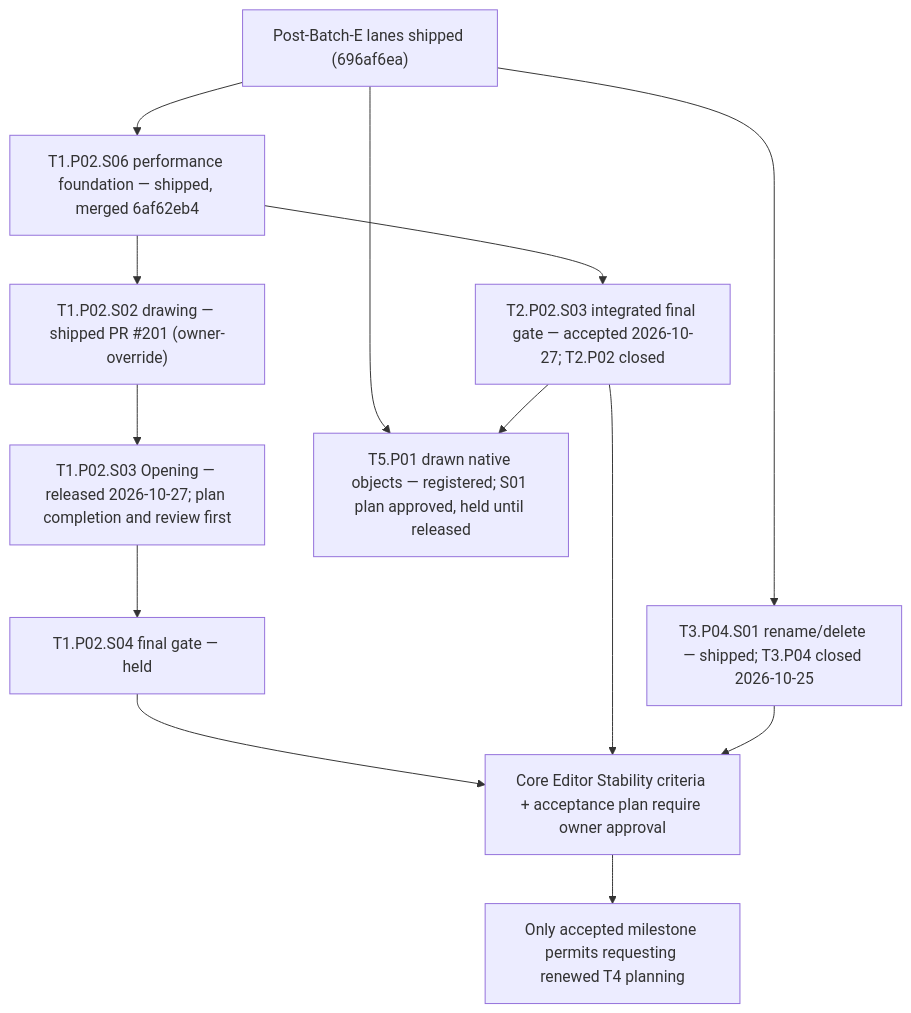
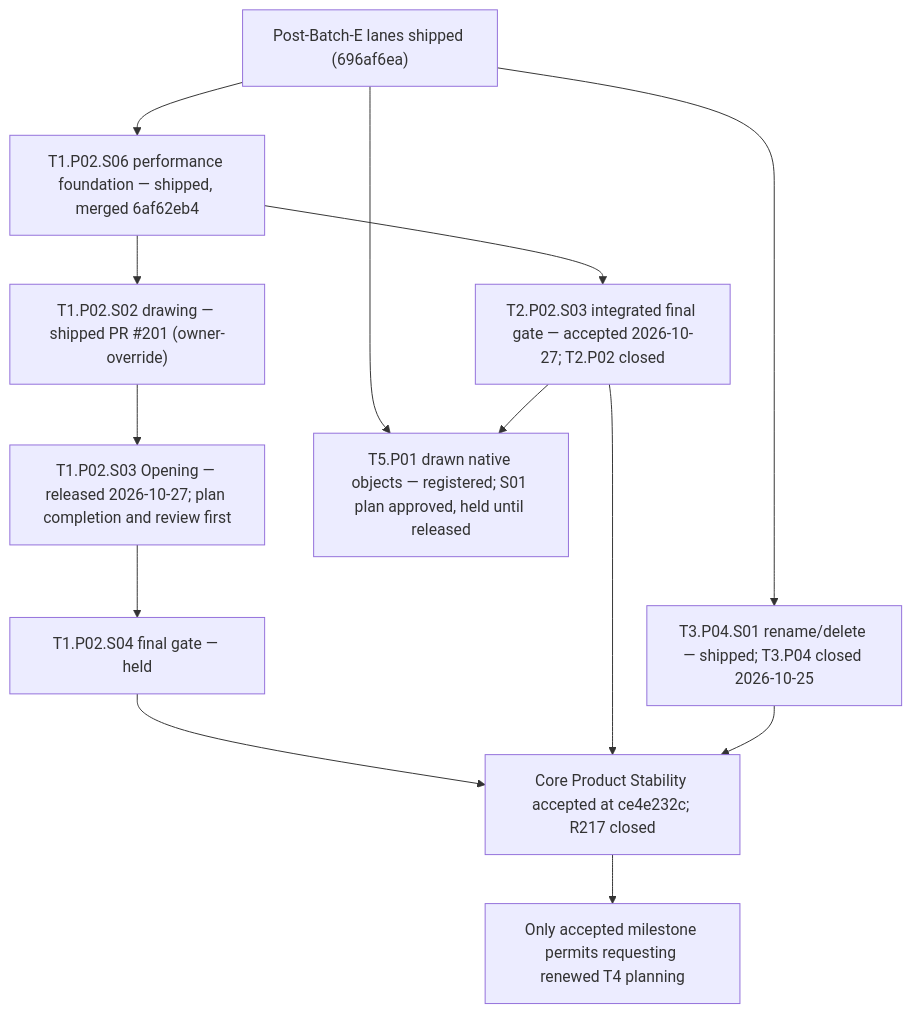
The diagram in docs/roadmap/cross-track-execution.md (Biskiq/spatial-sketch-editor), drawn with Mermaid before and after one commit. The commit also changed other lines of this file and 15 other files, not shown here.

Commit message:
docs: fold R217 owner acceptance into harness plan

````diff
--- a/docs/roadmap/cross-track-execution.md
+++ b/docs/roadmap/cross-track-execution.md
@@ -86,16 +92,16 @@
 ```mermaid
 flowchart TD
   B["Post-Batch-E lanes shipped (696af6ea)"]
   B --> P["T1.P02.S06 performance foundation — shipped, merged 6af62eb4"]
   P -->  D["T1.P02.S02 drawing — shipped PR #201 (owner-override)"]
   D --> O["T1.P02.S03 Opening — released 2026-10-27; plan completion and review first"]
   O --> F["T1.P02.S04 final gate — held"]
   P -->  IF["T2.P02.S03 integrated final gate — accepted 2026-10-27; T2.P02 closed"]
   B --> C["T3.P04.S01 rename/delete — shipped; T3.P04 closed 2026-10-25"]
   B --> T5["T5.P01 drawn native objects — registered; S01 plan approved, held until released"]
   IF --> T5
-  F --> CES["Core Editor Stability criteria + acceptance plan require owner approval"]
+  F --> CES["Core Product Stability accepted at ce4e232c; R217 closed"]
   IF --> CES
   C --> CES
   CES --> T4["Only accepted milestone permits requesting renewed T4 planning"]
 ```
````
